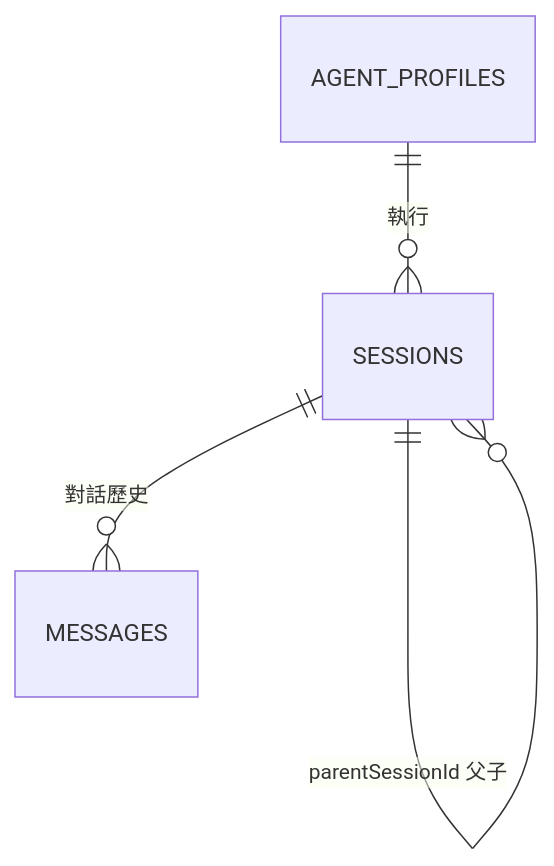
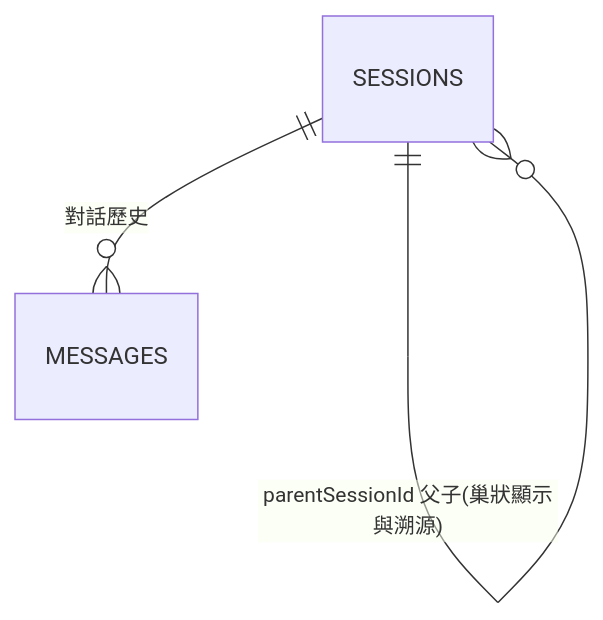
Before and after one commit to xing-101729/deskmony: the fourth of 4 diagrams in docs/ARCHITECTURE.md, drawn with Mermaid. The commit also changed other lines of this file and 10 other files, not shown here.

First line of the commit message:
Describe the agent catalog and session network in the user docs

````diff
--- a/docs/ARCHITECTURE.md
+++ b/docs/ARCHITECTURE.md
@@ -479,6 +565,5 @@
 ```mermaid
 erDiagram
-    AGENT_PROFILES ||--o{ SESSIONS : "執行"
     SESSIONS ||--o{ MESSAGES : "對話歷史"
-    SESSIONS ||--o{ SESSIONS : "parentSessionId 父子"
+    SESSIONS ||--o{ SESSIONS : "parentSessionId 父子(巢狀顯示與溯源)"
 ```
````
